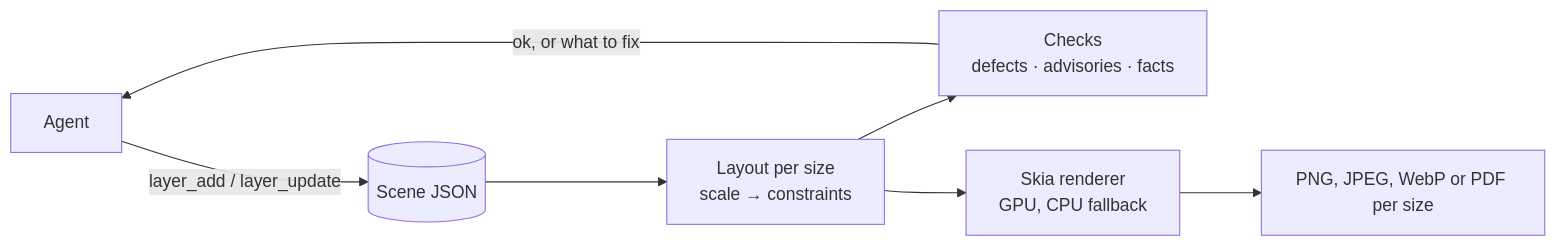
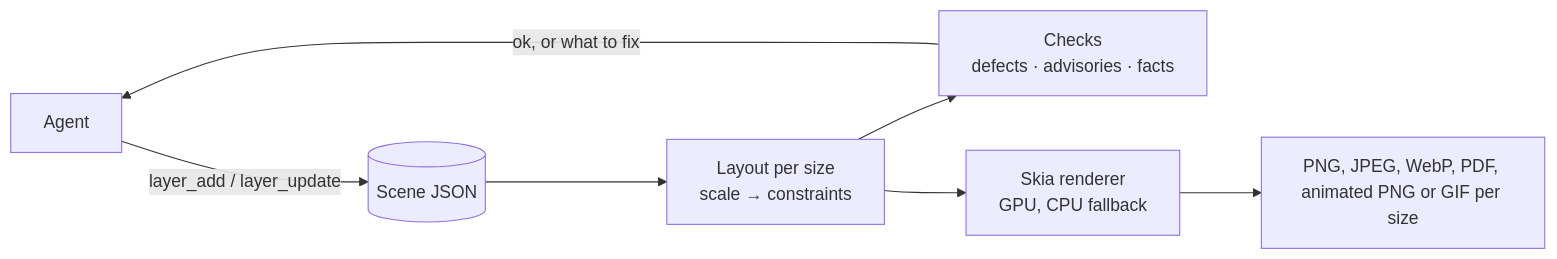
Before and after one commit to keyline-dev/keyline: the diagram in README.md, drawn with Mermaid. The commit also changed other lines of this file and 37 other files, not shown here.

````diff
--- a/README.md
+++ b/README.md
@@ -26,9 +36,9 @@
 ```mermaid
 flowchart LR
     A[Agent] -- "layer_add / layer_update" --> S[(Scene JSON)]
     S --> L["Layout per size<br/>scale → constraints"]
     L --> C["Checks<br/>defects · advisories · facts"]
     C -- "ok, or what to fix" --> A
     L --> R["Skia renderer<br/>GPU, CPU fallback"]
-    R --> P["PNG, JPEG, WebP or PDF per size"]
+    R --> P["PNG, JPEG, WebP, PDF, animated PNG or GIF per size"]
 ```
````
